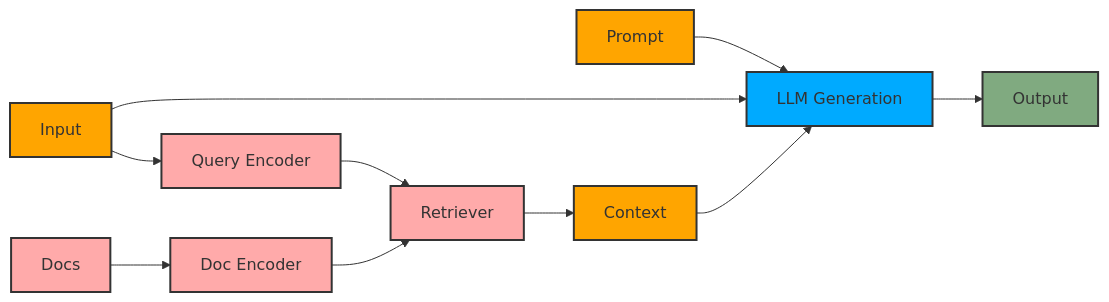
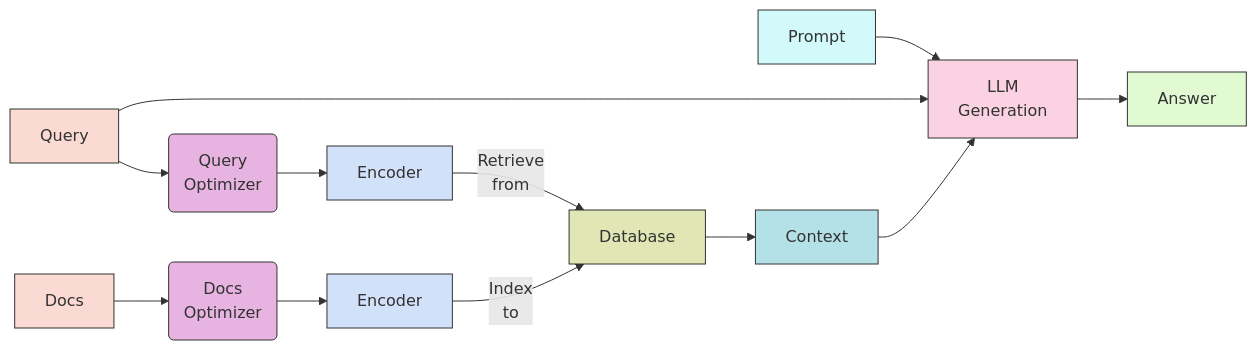
Before and after one commit to ianderrington/genai: the first of 4 diagrams in docs/Understanding/agents/rag.md, drawn with Mermaid. The commit also changed other lines of this file and 1 other file, not shown here.

````diff
--- a/docs/Understanding/agents/rag.md
+++ b/docs/Understanding/agents/rag.md
@@ -18,24 +17,28 @@
         ```mermaid
         graph LR
-            style Docs fill:#FFAAAA,stroke:#333,stroke-width:2px
-            style QueryEncoder fill:#FFAAAA,stroke:#333,stroke-width:2px
-            style DocEncoder fill:#FFAAAA,stroke:#333,stroke-width:2px
-            style Retriever fill:#FFAAAA,stroke:#333,stroke-width:2px
-            style Input fill:#FFA500,stroke:#333,stroke-width:2px
-            style Prompt fill:#FFA500,stroke:#333,stroke-width:2px
-            style Context fill:#FFA500,stroke:#333,stroke-width:2px
-            style Generator fill:#00AAFF,stroke:#333,stroke-width:2px
-            style Output fill:#80AA80,stroke:#333,stroke-width:2px
-        
-            QueryEncoder --> Retriever
-            Prompt --> Generator[LLM Generation]
-            Input --> Generator
-            Input --> QueryEncoder[Query Encoder]
-            Docs --> DocEncoder[Doc Encoder]
-            DocEncoder --> Retriever
+            style QueryEncoder fill:#D2E1FA,stroke:#333,stroke-width:1px
+            style QueryOptimizer1 fill:#E7B4E1,stroke:#333,stroke-width:1px
+            style Query fill:#FADAD2,stroke:#333,stroke-width:1px
+            style Prompt fill:#D2FAFA,stroke:#333,stroke-width:1px
+            style Docs fill:#FADAD2,stroke:#333,stroke-width:1px
+            style QueryOptimizer2 fill:#E7B4E1,stroke:#333,stroke-width:1px
+            style DocEncoder fill:#D2E1FA,stroke:#333,stroke-width:1px
+            style Retriever fill:#E1E7B4,stroke:#333,stroke-width:1px
+            style Context fill:#B4E1E7,stroke:#333,stroke-width:1px
+            style Generator fill:#FAD2E1,stroke:#333,stroke-width:1px
+            style Answer fill:#E1FAD2,stroke:#333,stroke-width:1px
+
+            QueryEncoder --> |Retrieve\n from|Retriever
+            Prompt --> Generator[LLM\n Generation]
+            Query --> Generator
+            Query --> QueryOptimizer1(Query\n Optimizer)
+            QueryOptimizer1 --> QueryEncoder[Encoder]
+            Docs --> QueryOptimizer2(Docs\n Optimizer)
+            QueryOptimizer2 --> DocEncoder[Encoder]
+            DocEncoder --> |Index\n to| Retriever[Database]
             
             Retriever --> Context
             
             Context --> Generator
-            Generator --> Output
+            Generator --> Answer 
         ```
````
